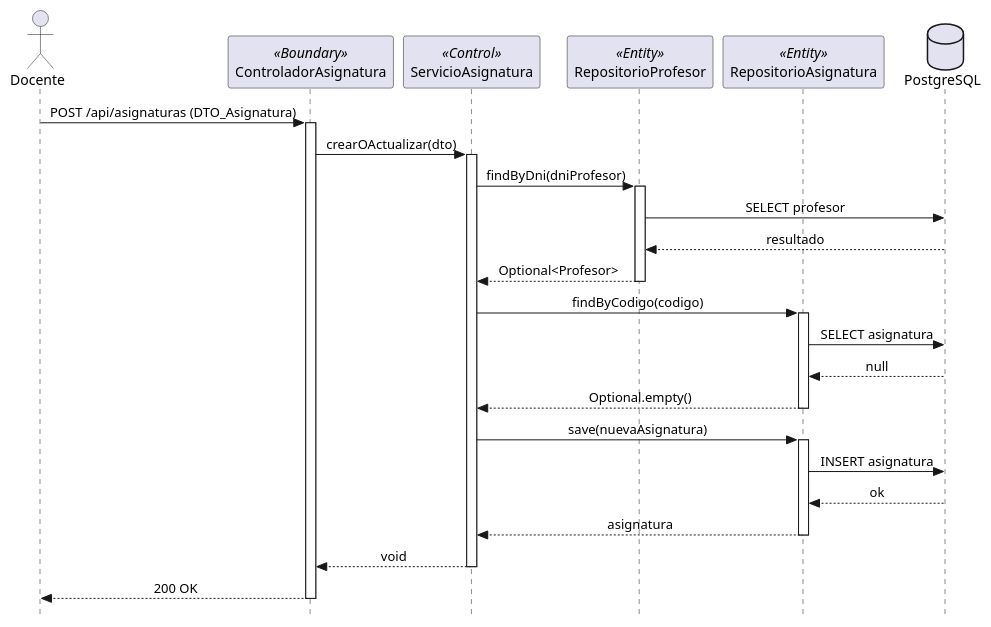
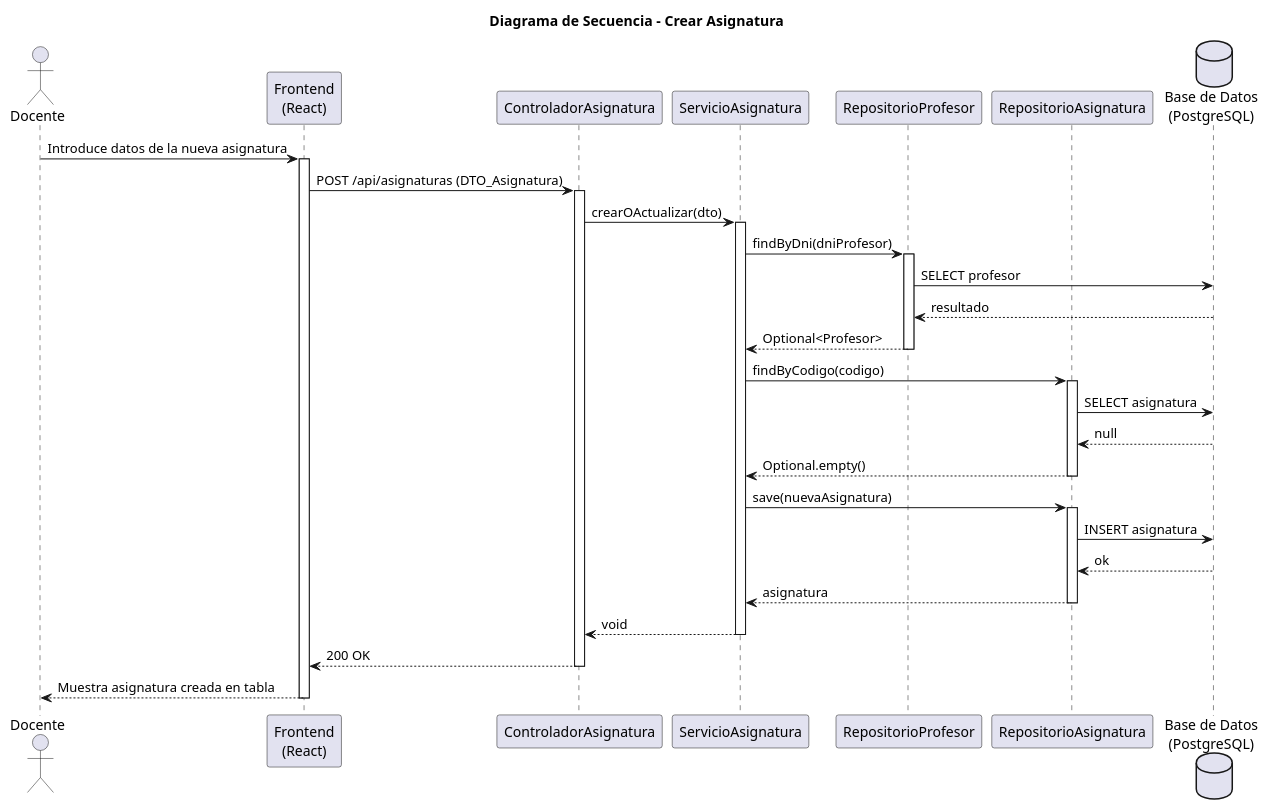
Before and after one commit to liamanderson873/25-26-idsw2-sdVC: the diagram in RUP/02-diseno/casos-uso/CU-18-crearAsignatura/diseno-secuencia-CU-18-crearAsignatura.puml, drawn with PlantUML. The commit also changed 133 other files, not shown here.

First line of the commit message:
RUP: completar diagramas de análisis y diseño para los 41 casos de uso

```diff
--- a/RUP/02-diseno/casos-uso/CU-18-crearAsignatura/diseno-secuencia-CU-18-crearAsignatura.puml
+++ b/RUP/02-diseno/casos-uso/CU-18-crearAsignatura/diseno-secuencia-CU-18-crearAsignatura.puml
@@ -1,45 +1,51 @@
 @startuml secuencia-cu18-crear-asignatura
-skinparam style strictuml
-skinparam sequenceMessageAlign center
+title Diagrama de Secuencia - Crear Asignatura
 
-actor Docente
-participant "ControladorAsignatura" as Boundary <<Boundary>>
-participant "ServicioAsignatura" as Control <<Control>>
-participant "RepositorioProfesor" as RepoProfesor <<Entity>>
-participant "RepositorioAsignatura" as RepoAsig <<Entity>>
-database "PostgreSQL" as DB
+actor "Docente" as Actor
+participant "Frontend\n(React)" as FE
+participant "ControladorAsignatura" as Controller
+participant "ServicioAsignatura" as Service
+participant "RepositorioProfesor" as RepoProfesor
+participant "RepositorioAsignatura" as RepoAsig
+database "Base de Datos\n(PostgreSQL)" as DB
 
-Docente -> Boundary : POST /api/asignaturas (DTO_Asignatura)
-activate Boundary
+Actor -> FE : Introduce datos de la nueva asignatura
+activate FE
 
-Boundary -> Control : crearOActualizar(dto)
-activate Control
+FE -> Controller : POST /api/asignaturas (DTO_Asignatura)
+activate Controller
 
-Control -> RepoProfesor : findByDni(dniProfesor)
+Controller -> Service : crearOActualizar(dto)
+activate Service
+
+Service -> RepoProfesor : findByDni(dniProfesor)
 activate RepoProfesor
 RepoProfesor -> DB : SELECT profesor
 DB --> RepoProfesor : resultado
-RepoProfesor --> Control : Optional<Profesor>
+RepoProfesor --> Service : Optional<Profesor>
 deactivate RepoProfesor
 
-Control -> RepoAsig : findByCodigo(codigo)
+Service -> RepoAsig : findByCodigo(codigo)
 activate RepoAsig
 RepoAsig -> DB : SELECT asignatura
 DB --> RepoAsig : null
-RepoAsig --> Control : Optional.empty()
+RepoAsig --> Service : Optional.empty()
 deactivate RepoAsig
 
-Control -> RepoAsig : save(nuevaAsignatura)
+Service -> RepoAsig : save(nuevaAsignatura)
 activate RepoAsig
 RepoAsig -> DB : INSERT asignatura
 DB --> RepoAsig : ok
-RepoAsig --> Control : asignatura
+RepoAsig --> Service : asignatura
 deactivate RepoAsig
 
-Control --> Boundary : void
-deactivate Control
+Service --> Controller : void
+deactivate Service
 
-Boundary --> Docente : 200 OK
-deactivate Boundary
+Controller --> FE : 200 OK
+deactivate Controller
+
+FE --> Actor : Muestra asignatura creada en tabla
+deactivate FE
 
 @enduml
```
